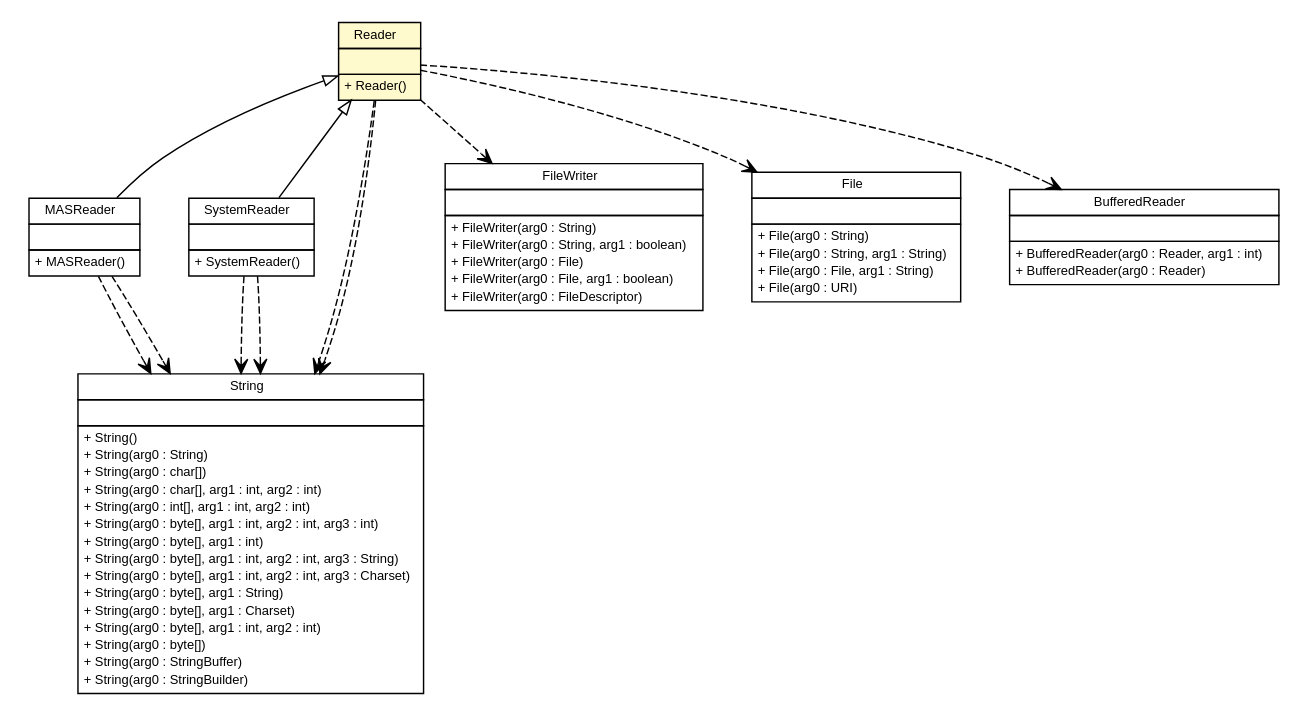
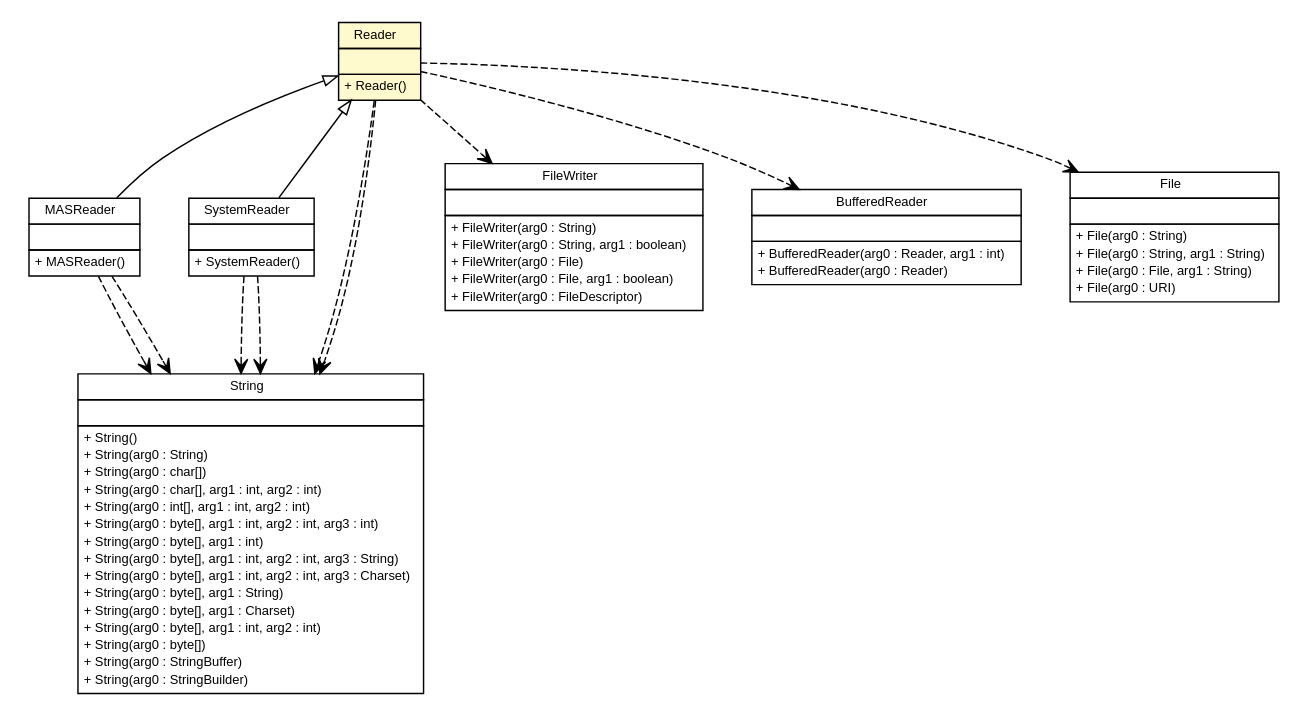
One commit to gsi-upm/BeastTool changed the diagram in apidocs/es/upm/dit/gsi/beast/reader/Reader.dot. Above: the diagram before and after it, drawn with Graphviz. The commit also changed 437 other files, not shown here.

```diff
--- a/apidocs/es/upm/dit/gsi/beast/reader/Reader.dot
+++ b/apidocs/es/upm/dit/gsi/beast/reader/Reader.dot
@@ -1,140 +1,140 @@
 #!/usr/local/bin/dot
 #
 # Class diagram 
 # Generated by UMLGraph version 5.1 (http://www.umlgraph.org/)
 #
 
 digraph G {
 	edge [fontname="arial",fontsize=10,labelfontname="arial",labelfontsize=10];
 	node [fontname="arial",fontsize=10,shape=plaintext];
 	nodesep=0.25;
 	ranksep=0.5;
 	// es.upm.dit.gsi.beast.reader.mas.MASReader
 	c2194 [label=<<table title="es.upm.dit.gsi.beast.reader.mas.MASReader" border="0" cellborder="1" cellspacing="0" cellpadding="2" port="p" href="./mas/MASReader.html">
 		<tr><td><table border="0" cellspacing="0" cellpadding="1">
 <tr><td align="center" balign="center"> MASReader </td></tr>
 		</table></td></tr>
 		<tr><td><table border="0" cellspacing="0" cellpadding="1">
 <tr><td align="left" balign="left">  </td></tr>
 		</table></td></tr>
 		<tr><td><table border="0" cellspacing="0" cellpadding="1">
 <tr><td align="left" balign="left"> + MASReader() </td></tr>
 		</table></td></tr>
 		</table>>, fontname="arial", fontcolor="black", fontsize=9.0];
 	// es.upm.dit.gsi.beast.reader.Reader
 	c2198 [label=<<table title="es.upm.dit.gsi.beast.reader.Reader" border="0" cellborder="1" cellspacing="0" cellpadding="2" port="p" bgcolor="lemonChiffon" href="./Reader.html">
 		<tr><td><table border="0" cellspacing="0" cellpadding="1">
 <tr><td align="center" balign="center"> Reader </td></tr>
 		</table></td></tr>
 		<tr><td><table border="0" cellspacing="0" cellpadding="1">
 <tr><td align="left" balign="left">  </td></tr>
 		</table></td></tr>
 		<tr><td><table border="0" cellspacing="0" cellpadding="1">
 <tr><td align="left" balign="left"> + Reader() </td></tr>
 		</table></td></tr>
 		</table>>, fontname="arial", fontcolor="black", fontsize=9.0];
 	// es.upm.dit.gsi.beast.reader.system.SystemReader
 	c2199 [label=<<table title="es.upm.dit.gsi.beast.reader.system.SystemReader" border="0" cellborder="1" cellspacing="0" cellpadding="2" port="p" href="./system/SystemReader.html">
 		<tr><td><table border="0" cellspacing="0" cellpadding="1">
 <tr><td align="center" balign="center"> SystemReader </td></tr>
 		</table></td></tr>
 		<tr><td><table border="0" cellspacing="0" cellpadding="1">
 <tr><td align="left" balign="left">  </td></tr>
 		</table></td></tr>
 		<tr><td><table border="0" cellspacing="0" cellpadding="1">
 <tr><td align="left" balign="left"> + SystemReader() </td></tr>
 		</table></td></tr>
 		</table>>, fontname="arial", fontcolor="black", fontsize=9.0];
 	//es.upm.dit.gsi.beast.reader.mas.MASReader extends es.upm.dit.gsi.beast.reader.Reader
 	c2198:p -> c2194:p [dir=back,arrowtail=empty];
 	//es.upm.dit.gsi.beast.reader.system.SystemReader extends es.upm.dit.gsi.beast.reader.Reader
 	c2198:p -> c2199:p [dir=back,arrowtail=empty];
 	// es.upm.dit.gsi.beast.reader.mas.MASReader DEPEND java.lang.String
 	c2194:p -> c2205:p [taillabel="", label="", headlabel="", fontname="arial", fontcolor="black", fontsize=10.0, color="black", arrowhead=open, style=dashed];
 	// es.upm.dit.gsi.beast.reader.mas.MASReader DEPEND java.lang.String
 	c2194:p -> c2205:p [taillabel="", label="", headlabel="", fontname="arial", fontcolor="black", fontsize=10.0, color="black", arrowhead=open, style=dashed];
 	// es.upm.dit.gsi.beast.reader.Reader DEPEND java.io.FileWriter
 	c2198:p -> c2206:p [taillabel="", label="", headlabel="", fontname="arial", fontcolor="black", fontsize=10.0, color="black", arrowhead=open, style=dashed];
-	// es.upm.dit.gsi.beast.reader.Reader DEPEND java.io.File
+	// es.upm.dit.gsi.beast.reader.Reader DEPEND java.io.BufferedReader
 	c2198:p -> c2207:p [taillabel="", label="", headlabel="", fontname="arial", fontcolor="black", fontsize=10.0, color="black", arrowhead=open, style=dashed];
 	// es.upm.dit.gsi.beast.reader.Reader DEPEND java.lang.String
 	c2198:p -> c2205:p [taillabel="", label="", headlabel="", fontname="arial", fontcolor="black", fontsize=10.0, color="black", arrowhead=open, style=dashed];
 	// es.upm.dit.gsi.beast.reader.Reader DEPEND java.lang.String
 	c2198:p -> c2205:p [taillabel="", label="", headlabel="", fontname="arial", fontcolor="black", fontsize=10.0, color="black", arrowhead=open, style=dashed];
-	// es.upm.dit.gsi.beast.reader.Reader DEPEND java.io.BufferedReader
+	// es.upm.dit.gsi.beast.reader.Reader DEPEND java.io.File
 	c2198:p -> c2208:p [taillabel="", label="", headlabel="", fontname="arial", fontcolor="black", fontsize=10.0, color="black", arrowhead=open, style=dashed];
 	// es.upm.dit.gsi.beast.reader.system.SystemReader DEPEND java.lang.String
 	c2199:p -> c2205:p [taillabel="", label="", headlabel="", fontname="arial", fontcolor="black", fontsize=10.0, color="black", arrowhead=open, style=dashed];
 	// es.upm.dit.gsi.beast.reader.system.SystemReader DEPEND java.lang.String
 	c2199:p -> c2205:p [taillabel="", label="", headlabel="", fontname="arial", fontcolor="black", fontsize=10.0, color="black", arrowhead=open, style=dashed];
 	// java.io.BufferedReader
-	c2208 [label=<<table title="java.io.BufferedReader" border="0" cellborder="1" cellspacing="0" cellpadding="2" port="p" href="http://java.sun.com/j2se/1.4.2/docs/api/java/io/BufferedReader.html">
+	c2207 [label=<<table title="java.io.BufferedReader" border="0" cellborder="1" cellspacing="0" cellpadding="2" port="p" href="http://java.sun.com/j2se/1.4.2/docs/api/java/io/BufferedReader.html">
 		<tr><td><table border="0" cellspacing="0" cellpadding="1">
 <tr><td align="center" balign="center"> BufferedReader </td></tr>
 		</table></td></tr>
 		<tr><td><table border="0" cellspacing="0" cellpadding="1">
 <tr><td align="left" balign="left">  </td></tr>
 		</table></td></tr>
 		<tr><td><table border="0" cellspacing="0" cellpadding="1">
 <tr><td align="left" balign="left"> + BufferedReader(arg0 : Reader, arg1 : int) </td></tr>
 <tr><td align="left" balign="left"> + BufferedReader(arg0 : Reader) </td></tr>
 		</table></td></tr>
 		</table>>, fontname="arial", fontcolor="black", fontsize=9.0];
 	// java.io.FileWriter
 	c2206 [label=<<table title="java.io.FileWriter" border="0" cellborder="1" cellspacing="0" cellpadding="2" port="p" href="http://java.sun.com/j2se/1.4.2/docs/api/java/io/FileWriter.html">
 		<tr><td><table border="0" cellspacing="0" cellpadding="1">
 <tr><td align="center" balign="center"> FileWriter </td></tr>
 		</table></td></tr>
 		<tr><td><table border="0" cellspacing="0" cellpadding="1">
 <tr><td align="left" balign="left">  </td></tr>
 		</table></td></tr>
 		<tr><td><table border="0" cellspacing="0" cellpadding="1">
 <tr><td align="left" balign="left"> + FileWriter(arg0 : String) </td></tr>
 <tr><td align="left" balign="left"> + FileWriter(arg0 : String, arg1 : boolean) </td></tr>
 <tr><td align="left" balign="left"> + FileWriter(arg0 : File) </td></tr>
 <tr><td align="left" balign="left"> + FileWriter(arg0 : File, arg1 : boolean) </td></tr>
 <tr><td align="left" balign="left"> + FileWriter(arg0 : FileDescriptor) </td></tr>
 		</table></td></tr>
 		</table>>, fontname="arial", fontcolor="black", fontsize=9.0];
 	// java.lang.String
 	c2205 [label=<<table title="java.lang.String" border="0" cellborder="1" cellspacing="0" cellpadding="2" port="p" href="http://java.sun.com/j2se/1.4.2/docs/api/java/lang/String.html">
 		<tr><td><table border="0" cellspacing="0" cellpadding="1">
 <tr><td align="center" balign="center"> String </td></tr>
 		</table></td></tr>
 		<tr><td><table border="0" cellspacing="0" cellpadding="1">
 <tr><td align="left" balign="left">  </td></tr>
 		</table></td></tr>
 		<tr><td><table border="0" cellspacing="0" cellpadding="1">
 <tr><td align="left" balign="left"> + String() </td></tr>
 <tr><td align="left" balign="left"> + String(arg0 : String) </td></tr>
 <tr><td align="left" balign="left"> + String(arg0 : char[]) </td></tr>
 <tr><td align="left" balign="left"> + String(arg0 : char[], arg1 : int, arg2 : int) </td></tr>
 <tr><td align="left" balign="left"> + String(arg0 : int[], arg1 : int, arg2 : int) </td></tr>
 <tr><td align="left" balign="left"> + String(arg0 : byte[], arg1 : int, arg2 : int, arg3 : int) </td></tr>
 <tr><td align="left" balign="left"> + String(arg0 : byte[], arg1 : int) </td></tr>
 <tr><td align="left" balign="left"> + String(arg0 : byte[], arg1 : int, arg2 : int, arg3 : String) </td></tr>
 <tr><td align="left" balign="left"> + String(arg0 : byte[], arg1 : int, arg2 : int, arg3 : Charset) </td></tr>
 <tr><td align="left" balign="left"> + String(arg0 : byte[], arg1 : String) </td></tr>
 <tr><td align="left" balign="left"> + String(arg0 : byte[], arg1 : Charset) </td></tr>
 <tr><td align="left" balign="left"> + String(arg0 : byte[], arg1 : int, arg2 : int) </td></tr>
 <tr><td align="left" balign="left"> + String(arg0 : byte[]) </td></tr>
 <tr><td align="left" balign="left"> + String(arg0 : StringBuffer) </td></tr>
 <tr><td align="left" balign="left"> + String(arg0 : StringBuilder) </td></tr>
 		</table></td></tr>
 		</table>>, fontname="arial", fontcolor="black", fontsize=9.0];
 	// java.io.File
-	c2207 [label=<<table title="java.io.File" border="0" cellborder="1" cellspacing="0" cellpadding="2" port="p" href="http://java.sun.com/j2se/1.4.2/docs/api/java/io/File.html">
+	c2208 [label=<<table title="java.io.File" border="0" cellborder="1" cellspacing="0" cellpadding="2" port="p" href="http://java.sun.com/j2se/1.4.2/docs/api/java/io/File.html">
 		<tr><td><table border="0" cellspacing="0" cellpadding="1">
 <tr><td align="center" balign="center"> File </td></tr>
 		</table></td></tr>
 		<tr><td><table border="0" cellspacing="0" cellpadding="1">
 <tr><td align="left" balign="left">  </td></tr>
 		</table></td></tr>
 		<tr><td><table border="0" cellspacing="0" cellpadding="1">
 <tr><td align="left" balign="left"> + File(arg0 : String) </td></tr>
 <tr><td align="left" balign="left"> + File(arg0 : String, arg1 : String) </td></tr>
 <tr><td align="left" balign="left"> + File(arg0 : File, arg1 : String) </td></tr>
 <tr><td align="left" balign="left"> + File(arg0 : URI) </td></tr>
 		</table></td></tr>
 		</table>>, fontname="arial", fontcolor="black", fontsize=9.0];
 }
```
